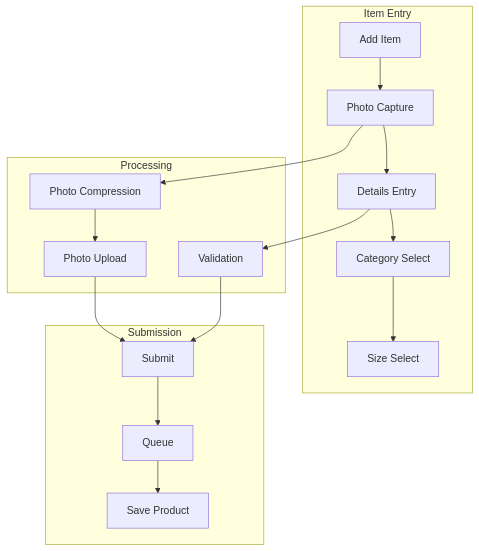
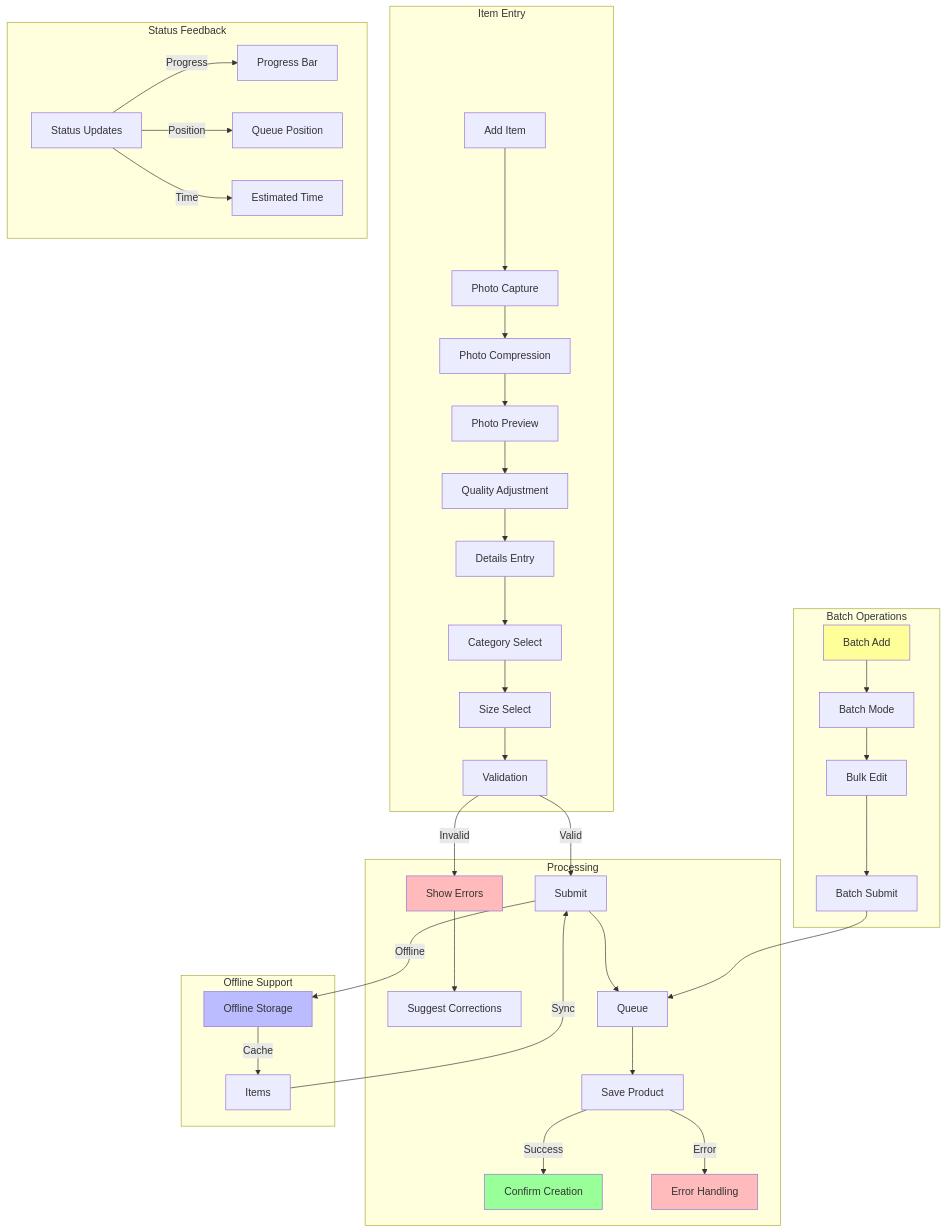
One commit to atEverychance/ProjectCR changed the diagram in docs/diagrams/mobile-ui-flow.mmd. Above: the diagram before and after it, drawn with Mermaid. The commit also changed 2 other files, not shown here.

Commit message:
feat: enhance inventory UX with photo feedback, error handling, and offline support

```diff
--- a/docs/diagrams/mobile-ui-flow.mmd
+++ b/docs/diagrams/mobile-ui-flow.mmd
@@ -1,19 +1,46 @@
 graph TD
     subgraph "Item Entry"
         A[Add Item] --> P[Photo Capture]
-        P --> D[Details Entry]
+        P --> PC[Photo Compression]
+        PC --> PP[Photo Preview]
+        PP --> PQ[Quality Adjustment]
+        PQ --> D[Details Entry]
         D --> C[Category Select]
         C --> S[Size Select]
+        S --> V[Validation]
     end
     
     subgraph "Processing"
-        P --> PC[Photo Compression]
-        PC --> PU[Photo Upload]
-        D --> V[Validation]
+        V -->|Valid| SU[Submit]
+        V -->|Invalid| ER[Show Errors]
+        ER --> SC[Suggest Corrections]
+        SU --> Q[Queue]
+        Q --> SP[Save Product]
+        SP -->|Success| CF[Confirm Creation]
+        SP -->|Error| EH[Error Handling]
     end
     
-    subgraph "Submission"
-        PU & V --> SU[Submit]
-        SU --> Q[Queue]
-        Q --> SP[Save Product]
+    subgraph "Offline Support"
+        OS[Offline Storage] -->|Cache| IT[Items]
+        IT -->|Sync| SU
+        SU -->|Offline| OS
     end
+    
+    subgraph "Batch Operations"
+        BA[Batch Add] --> BM[Batch Mode]
+        BM --> BE[Bulk Edit]
+        BE --> BS[Batch Submit]
+        BS --> Q
+    end
+    
+    subgraph "Status Feedback"
+        SF[Status Updates] -->|Progress| PG[Progress Bar]
+        SF -->|Position| QP[Queue Position]
+        SF -->|Time| ET[Estimated Time]
+    end
+    
+    style ER fill:#fbb
+    style EH fill:#fbb
+    style CF fill:#9f9
+    style OS fill:#bbf
+    style BA fill:#ff9
```
